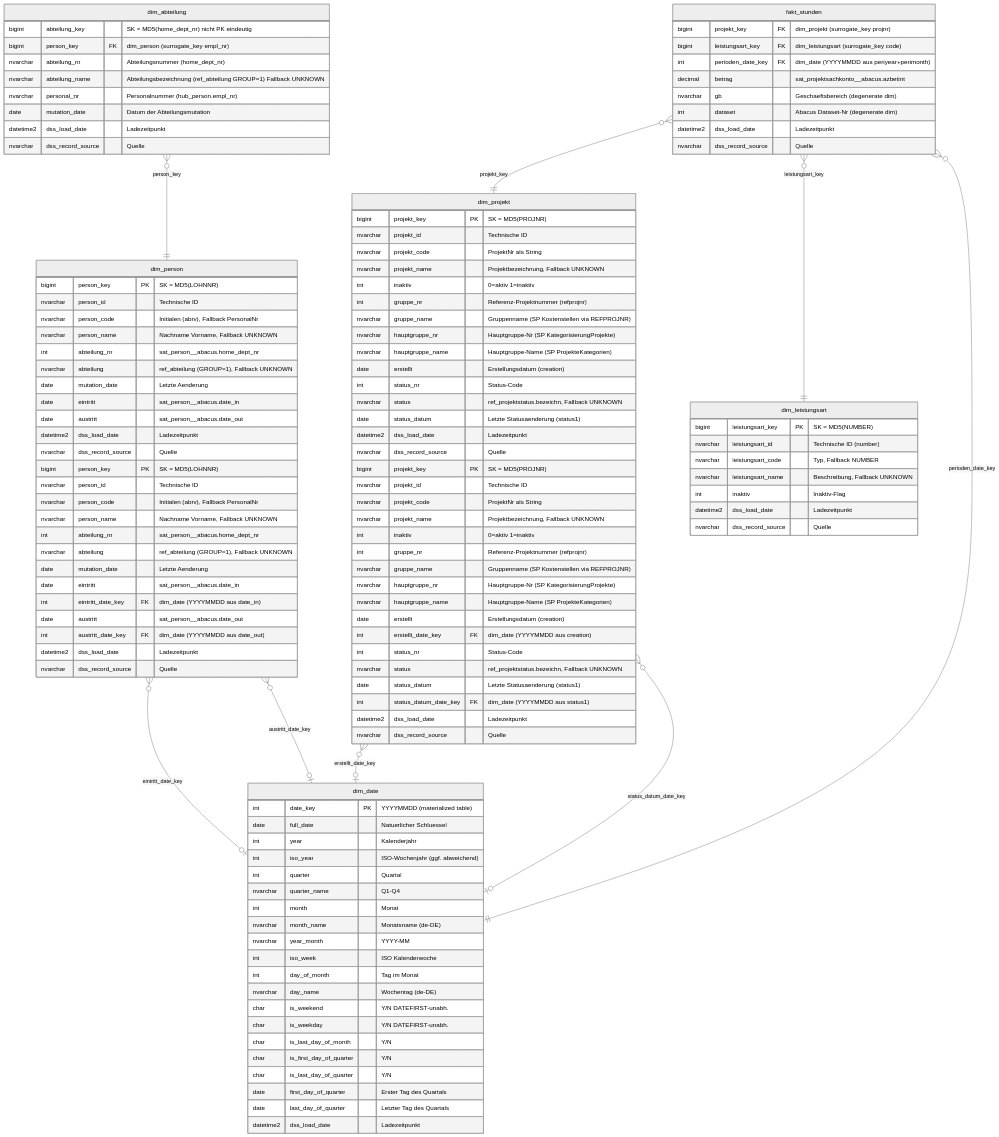
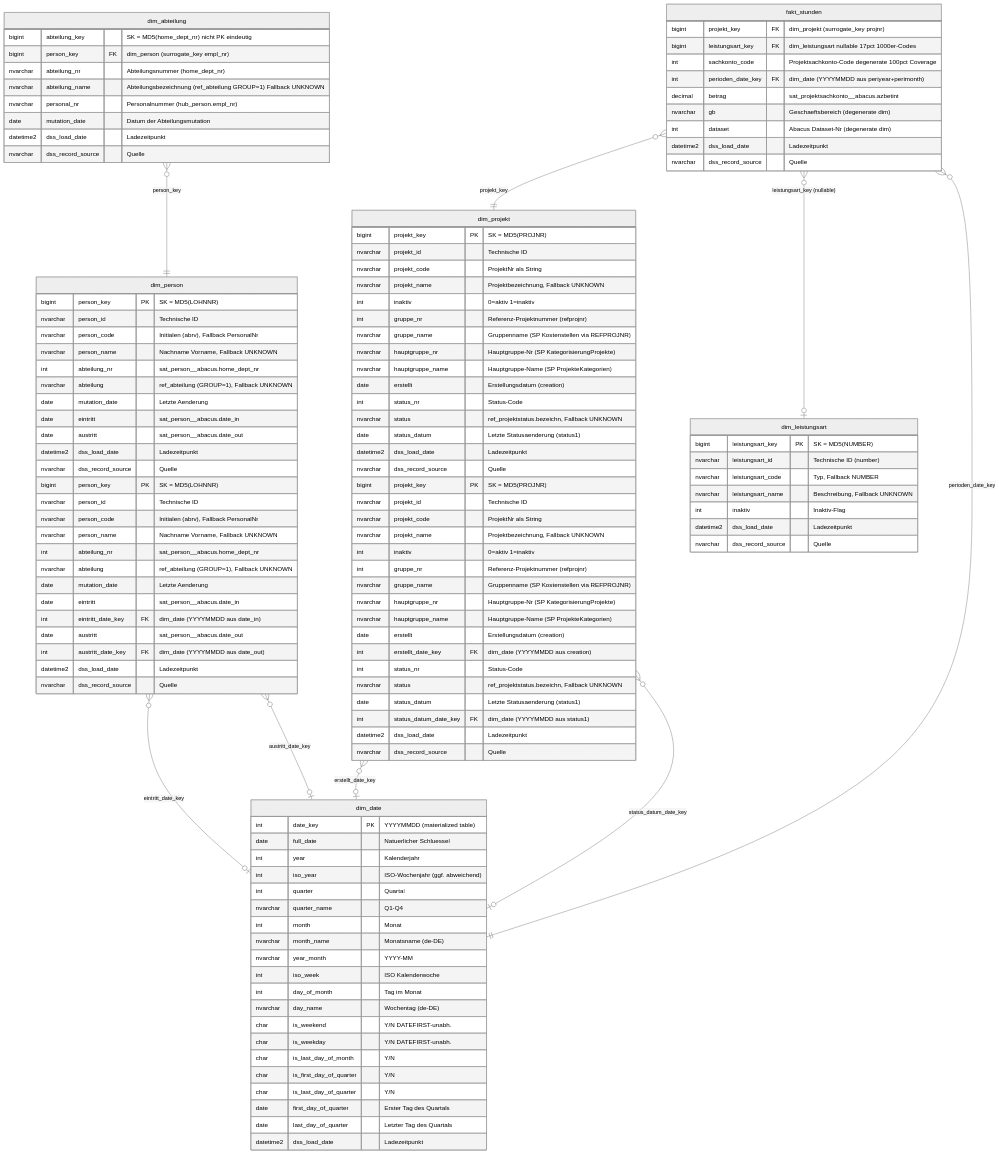
The diagram in design/mart/er-mart-project.mmd (fellnerd/datavault-dbt), drawn with Mermaid (neutral theme) before and after one commit.

Commit message:
docs(er-diagram): fakt_stunden nullable leistungsart_key + sachkonto_code
- leistungsart_key: o| notation (nullable optional), Kommentar '17pct 1000er-Codes'
- sachkonto_code: neue Degenerate Dimension im Diagram
- Relationship: }o--o| statt }o--|| (optional rechte Seite)

```diff
--- a/design/mart/er-mart-project.mmd
+++ b/design/mart/er-mart-project.mmd
@@ -1,135 +1,136 @@
 
 erDiagram
 
 
     dim_abteilung {
         bigint abteilung_key "SK = MD5(home_dept_nr) nicht PK eindeutig"
         bigint person_key FK "dim_person (surrogate_key empl_nr)"
         nvarchar abteilung_nr "Abteilungsnummer (home_dept_nr)"
         nvarchar abteilung_name "Abteilungsbezeichnung (ref_abteilung GROUP=1) Fallback UNKNOWN"
         nvarchar personal_nr "Personalnummer (hub_person.empl_nr)"
         date mutation_date "Datum der Abteilungsmutation"
         datetime2 dss_load_date "Ladezeitpunkt"
         nvarchar dss_record_source "Quelle"
     }
 
     dim_person {
         bigint person_key PK "SK = MD5(LOHNNR)"
         nvarchar person_id "Technische ID"
         nvarchar person_code "Initialen (abrv), Fallback PersonalNr"
         nvarchar person_name "Nachname Vorname, Fallback UNKNOWN"
         int abteilung_nr "sat_person__abacus.home_dept_nr"
         nvarchar abteilung "ref_abteilung (GROUP=1), Fallback UNKNOWN"
         date mutation_date "Letzte Aenderung"
         date eintritt "sat_person__abacus.date_in"
         date austritt "sat_person__abacus.date_out"
         datetime2 dss_load_date "Ladezeitpunkt"
         nvarchar dss_record_source "Quelle"
     }
 
     dim_projekt {
         bigint projekt_key PK "SK = MD5(PROJNR)"
         nvarchar projekt_id "Technische ID"
         nvarchar projekt_code "ProjektNr als String"
         nvarchar projekt_name "Projektbezeichnung, Fallback UNKNOWN"
         int inaktiv "0=aktiv 1=inaktiv"
         int gruppe_nr "Referenz-Projektnummer (refprojnr)"
         nvarchar gruppe_name "Gruppenname (SP Kostenstellen via REFPROJNR)"
         nvarchar hauptgruppe_nr "Hauptgruppe-Nr (SP KategorisierungProjekte)"
         nvarchar hauptgruppe_name "Hauptgruppe-Name (SP ProjekteKategorien)"
         date erstellt "Erstellungsdatum (creation)"
         int status_nr "Status-Code"
         nvarchar status "ref_projektstatus.bezeichn, Fallback UNKNOWN"
         date status_datum "Letzte Statusaenderung (status1)"
         datetime2 dss_load_date "Ladezeitpunkt"
         nvarchar dss_record_source "Quelle"
     }
 
     dim_leistungsart {
         bigint leistungsart_key PK "SK = MD5(NUMBER)"
         nvarchar leistungsart_id "Technische ID (number)"
         nvarchar leistungsart_code "Typ, Fallback NUMBER"
         nvarchar leistungsart_name "Beschreibung, Fallback UNKNOWN"
         int inaktiv "Inaktiv-Flag"
         datetime2 dss_load_date "Ladezeitpunkt"
         nvarchar dss_record_source "Quelle"
     }
 
     dim_date {
         int date_key PK "YYYYMMDD (materialized table)"
         date full_date "Natuerlicher Schluessel"
         int year "Kalenderjahr"
         int iso_year "ISO-Wochenjahr (ggf. abweichend)"
         int quarter "Quartal"
         nvarchar quarter_name "Q1-Q4"
         int month "Monat"
         nvarchar month_name "Monatsname (de-DE)"
         nvarchar year_month "YYYY-MM"
         int iso_week "ISO Kalenderwoche"
         int day_of_month "Tag im Monat"
         nvarchar day_name "Wochentag (de-DE)"
         char is_weekend "Y/N DATEFIRST-unabh."
         char is_weekday "Y/N DATEFIRST-unabh."
         char is_last_day_of_month "Y/N"
         char is_first_day_of_quarter "Y/N"
         char is_last_day_of_quarter "Y/N"
         date first_day_of_quarter "Erster Tag des Quartals"
         date last_day_of_quarter "Letzter Tag des Quartals"
         datetime2 dss_load_date "Ladezeitpunkt"
     }
 
     dim_person {
         bigint person_key PK "SK = MD5(LOHNNR)"
         nvarchar person_id "Technische ID"
         nvarchar person_code "Initialen (abrv), Fallback PersonalNr"
         nvarchar person_name "Nachname Vorname, Fallback UNKNOWN"
         int abteilung_nr "sat_person__abacus.home_dept_nr"
         nvarchar abteilung "ref_abteilung (GROUP=1), Fallback UNKNOWN"
         date mutation_date "Letzte Aenderung"
         date eintritt "sat_person__abacus.date_in"
         int eintritt_date_key FK "dim_date (YYYYMMDD aus date_in)"
         date austritt "sat_person__abacus.date_out"
         int austritt_date_key FK "dim_date (YYYYMMDD aus date_out)"
         datetime2 dss_load_date "Ladezeitpunkt"
         nvarchar dss_record_source "Quelle"
     }
 
     dim_projekt {
         bigint projekt_key PK "SK = MD5(PROJNR)"
         nvarchar projekt_id "Technische ID"
         nvarchar projekt_code "ProjektNr als String"
         nvarchar projekt_name "Projektbezeichnung, Fallback UNKNOWN"
         int inaktiv "0=aktiv 1=inaktiv"
         int gruppe_nr "Referenz-Projektnummer (refprojnr)"
         nvarchar gruppe_name "Gruppenname (SP Kostenstellen via REFPROJNR)"
         nvarchar hauptgruppe_nr "Hauptgruppe-Nr (SP KategorisierungProjekte)"
         nvarchar hauptgruppe_name "Hauptgruppe-Name (SP ProjekteKategorien)"
         date erstellt "Erstellungsdatum (creation)"
         int erstellt_date_key FK "dim_date (YYYYMMDD aus creation)"
         int status_nr "Status-Code"
         nvarchar status "ref_projektstatus.bezeichn, Fallback UNKNOWN"
         date status_datum "Letzte Statusaenderung (status1)"
         int status_datum_date_key FK "dim_date (YYYYMMDD aus status1)"
         datetime2 dss_load_date "Ladezeitpunkt"
         nvarchar dss_record_source "Quelle"
     }
 
     fakt_stunden {
         bigint projekt_key FK "dim_projekt (surrogate_key projnr)"
-        bigint leistungsart_key FK "dim_leistungsart (surrogate_key code)"
+        bigint leistungsart_key FK "dim_leistungsart nullable 17pct 1000er-Codes"
+        int sachkonto_code "Projektsachkonto-Code degenerate 100pct Coverage"
         int perioden_date_key FK "dim_date (YYYYMMDD aus periyear+perimonth)"
         decimal betrag "sat_projektsachkonto__abacus.azbetint"
         nvarchar gb "Geschaeftsbereich (degenerate dim)"
         int dataset "Abacus Dataset-Nr (degenerate dim)"
         datetime2 dss_load_date "Ladezeitpunkt"
         nvarchar dss_record_source "Quelle"
     }
 
     fakt_stunden }o--|| dim_projekt : "projekt_key"
-    fakt_stunden }o--|| dim_leistungsart : "leistungsart_key"
+    fakt_stunden }o--o| dim_leistungsart : "leistungsart_key (nullable)"
     fakt_stunden }o--|| dim_date : "perioden_date_key"
     dim_abteilung }o--|| dim_person : "person_key"
     dim_person }o--o| dim_date : "eintritt_date_key"
     dim_person }o--o| dim_date : "austritt_date_key"
     dim_projekt }o--o| dim_date : "erstellt_date_key"
     dim_projekt }o--o| dim_date : "status_datum_date_key"
```
